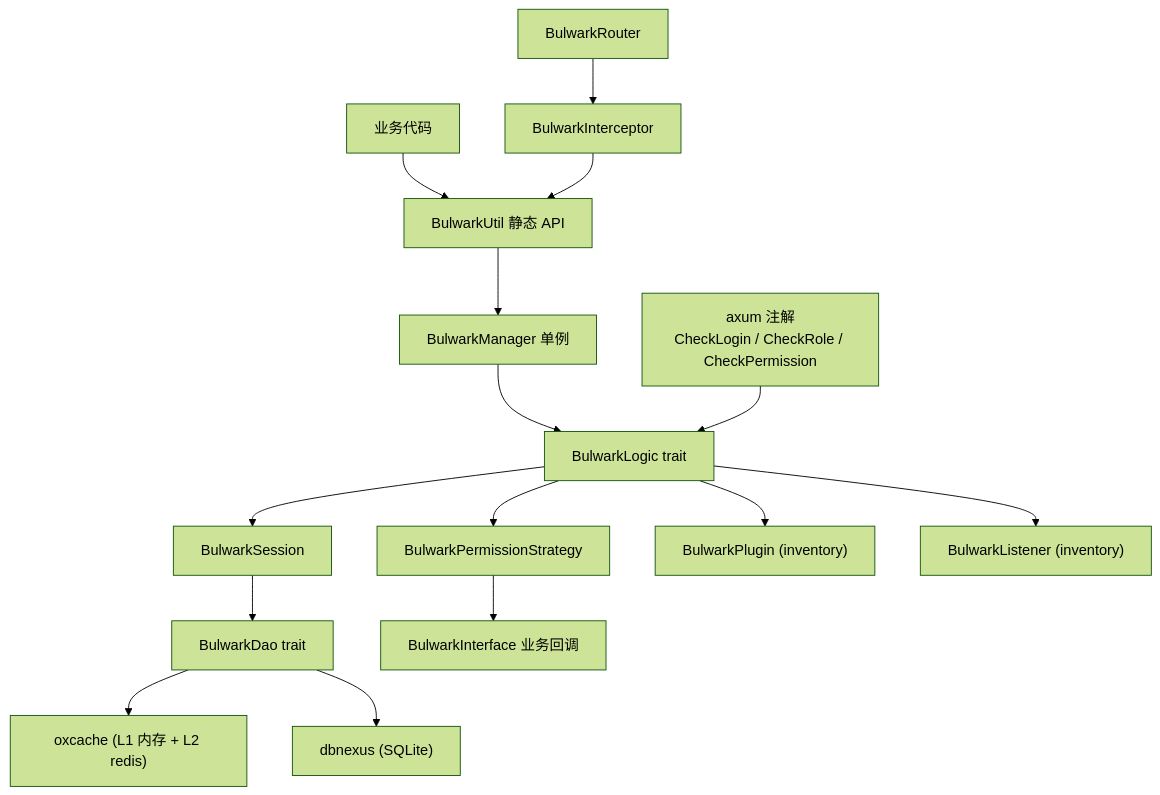
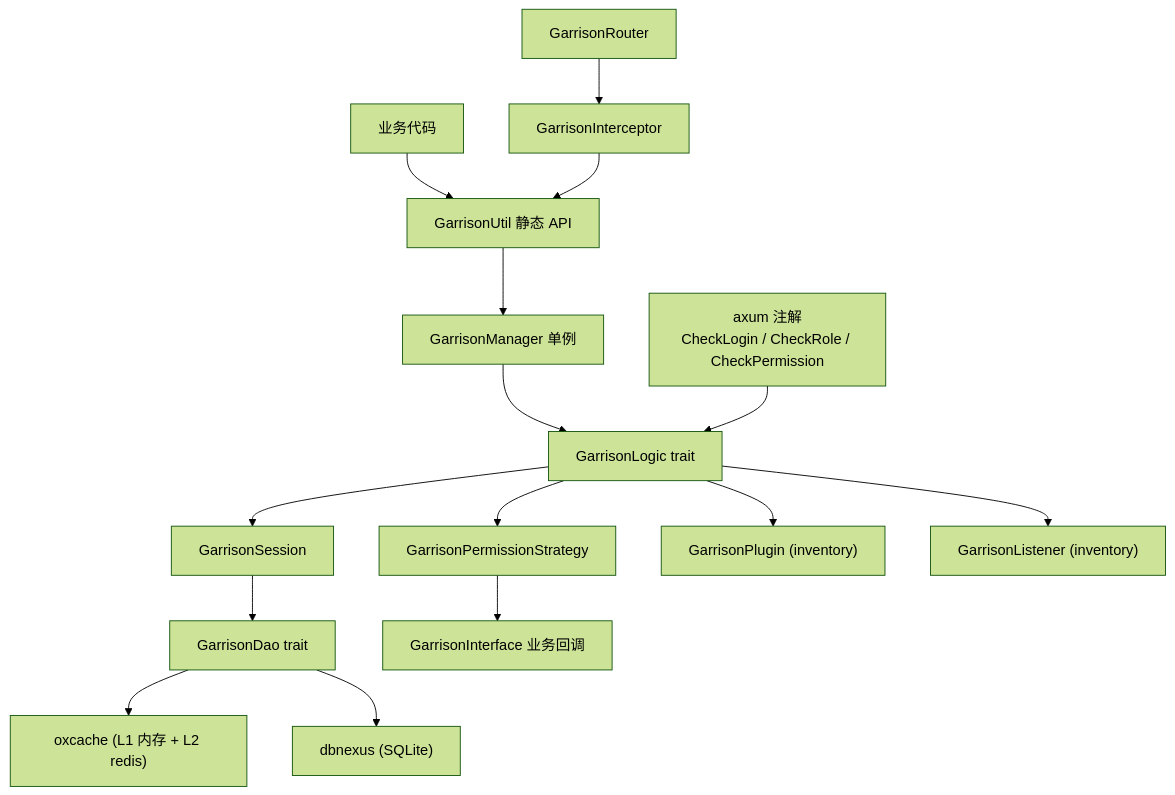
The diagram in README.md (Kirky-X/garrison), drawn with Mermaid (forest theme) before and after one commit. The commit also changed other lines of this file and 538 other files, not shown here.

First line of the commit message:
refactor: rename crate bulwark → garrison

````diff
--- a/README.md
+++ b/README.md
@@ -148,17 +148,17 @@
 ```mermaid
 graph TD
-    User["业务代码"] --> Util["BulwarkUtil 静态 API"]
-    Util --> Manager["BulwarkManager 单例"]
-    Manager --> Logic["BulwarkLogic trait"]
-    Logic --> Session["BulwarkSession"]
-    Logic --> Strategy["BulwarkPermissionStrategy"]
-    Session --> Dao["BulwarkDao trait"]
-    Strategy --> Interface["BulwarkInterface 业务回调"]
+    User["业务代码"] --> Util["GarrisonUtil 静态 API"]
+    Util --> Manager["GarrisonManager 单例"]
+    Manager --> Logic["GarrisonLogic trait"]
+    Logic --> Session["GarrisonSession"]
+    Logic --> Strategy["GarrisonPermissionStrategy"]
+    Session --> Dao["GarrisonDao trait"]
+    Strategy --> Interface["GarrisonInterface 业务回调"]
     Dao --> Oxcache["oxcache (L1 内存 + L2 redis)"]
     Dao --> Dbnexus["dbnexus (SQLite)"]
-    Logic --> Plugin["BulwarkPlugin (inventory)"]
-    Logic --> Listener["BulwarkListener (inventory)"]
+    Logic --> Plugin["GarrisonPlugin (inventory)"]
+    Logic --> Listener["GarrisonListener (inventory)"]
     Annotation["axum 注解<br/>CheckLogin / CheckRole / CheckPermission"] --> Logic
-    Router["BulwarkRouter"] --> Interceptor["BulwarkInterceptor"]
+    Router["GarrisonRouter"] --> Interceptor["GarrisonInterceptor"]
     Interceptor --> Util
 ```
````
